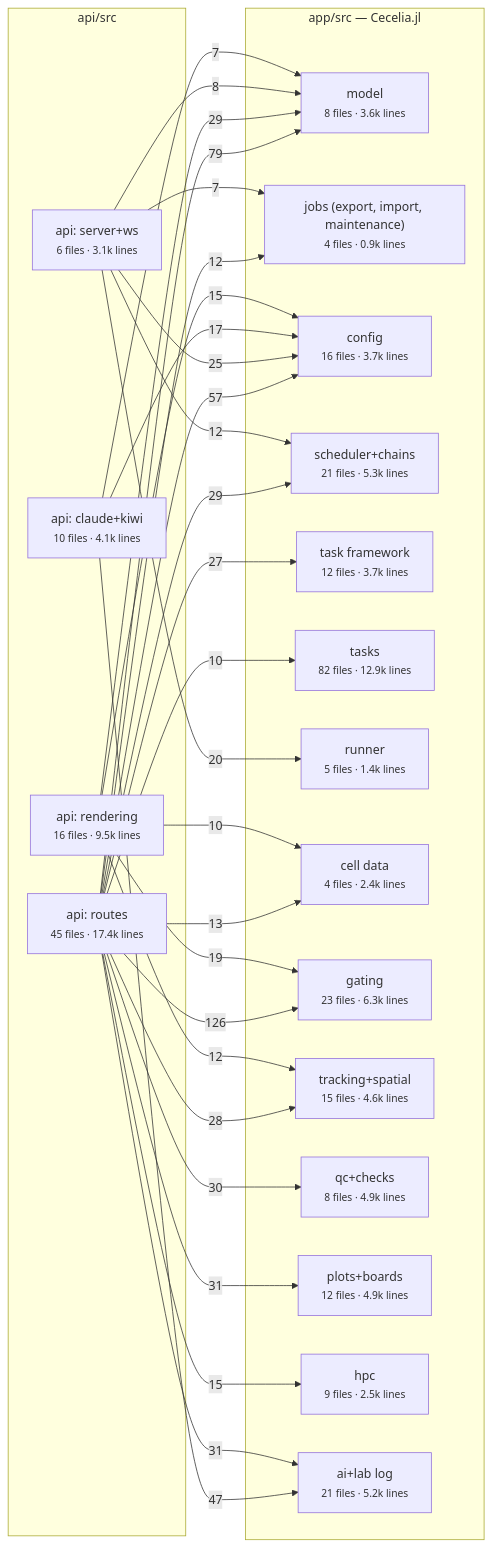
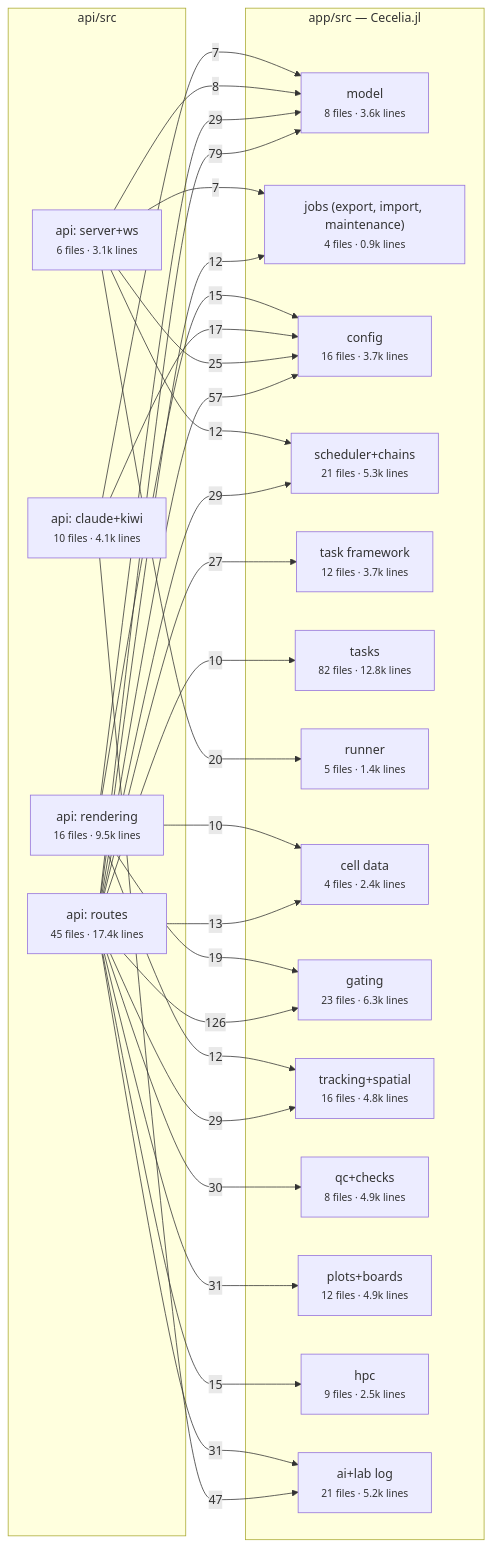
The second of 2 diagrams in docs/architecture/julia/areas.md (schienstockd/cecelia), drawn with Mermaid before and after one commit. The commit also changed other lines of this file and 20 other files, not shown here.

````diff
--- a/docs/architecture/julia/areas.md
+++ b/docs/architecture/julia/areas.md
@@ -65,51 +65,51 @@
 ```mermaid
 flowchart LR
   subgraph API["api/src"]
     api__server_ws["api: server+ws<br/><small>6 files · 3.1k lines</small>"]
     api__rendering["api: rendering<br/><small>16 files · 9.5k lines</small>"]
     api__claude_kiwi["api: claude+kiwi<br/><small>10 files · 4.1k lines</small>"]
     api__routes["api: routes<br/><small>45 files · 17.4k lines</small>"]
   end
   subgraph PKG["app/src — Cecelia.jl"]
     model["model<br/><small>8 files · 3.6k lines</small>"]
     jobs__export__import__maintenance_["jobs (export, import, maintenance)<br/><small>4 files · 0.9k lines</small>"]
     config["config<br/><small>16 files · 3.7k lines</small>"]
     scheduler_chains["scheduler+chains<br/><small>21 files · 5.3k lines</small>"]
     task_framework["task framework<br/><small>12 files · 3.7k lines</small>"]
-    tasks["tasks<br/><small>82 files · 12.9k lines</small>"]
+    tasks["tasks<br/><small>82 files · 12.8k lines</small>"]
     runner["runner<br/><small>5 files · 1.4k lines</small>"]
     cell_data["cell data<br/><small>4 files · 2.4k lines</small>"]
     gating["gating<br/><small>23 files · 6.3k lines</small>"]
-    tracking_spatial["tracking+spatial<br/><small>15 files · 4.6k lines</small>"]
+    tracking_spatial["tracking+spatial<br/><small>16 files · 4.8k lines</small>"]
     qc_checks["qc+checks<br/><small>8 files · 4.9k lines</small>"]
     plots_boards["plots+boards<br/><small>12 files · 4.9k lines</small>"]
     hpc["hpc<br/><small>9 files · 2.5k lines</small>"]
     ai_lab_log["ai+lab log<br/><small>21 files · 5.2k lines</small>"]
   end
   api__routes -->|126| gating
   api__routes -->|79| model
   api__routes -->|57| config
   api__claude_kiwi -->|47| ai_lab_log
   api__routes -->|31| ai_lab_log
   api__routes -->|31| plots_boards
   api__routes -->|30| qc_checks
   api__rendering -->|29| model
   api__routes -->|29| scheduler_chains
-  api__routes -->|28| tracking_spatial
+  api__routes -->|29| tracking_spatial
   api__routes -->|27| task_framework
   api__server_ws -->|25| config
   api__server_ws -->|20| runner
   api__rendering -->|19| gating
   api__claude_kiwi -->|17| config
   api__rendering -->|15| config
   api__routes -->|15| hpc
   api__routes -->|13| cell_data
   api__rendering -->|12| tracking_spatial
   api__routes -->|12| jobs__export__import__maintenance_
   api__server_ws -->|12| scheduler_chains
   api__rendering -->|10| cell_data
   api__routes -->|10| tasks
   api__server_ws -->|8| model
   api__claude_kiwi -->|7| model
   api__server_ws -->|7| jobs__export__import__maintenance_
 ```
````
